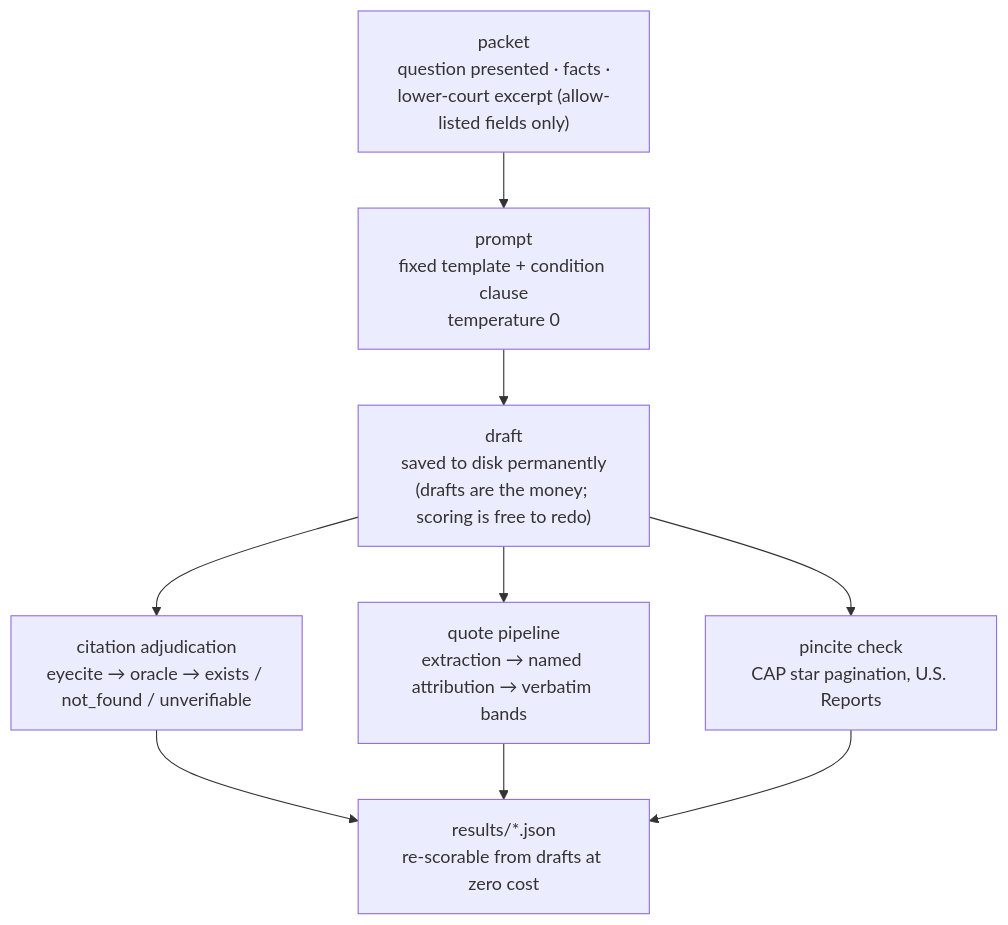
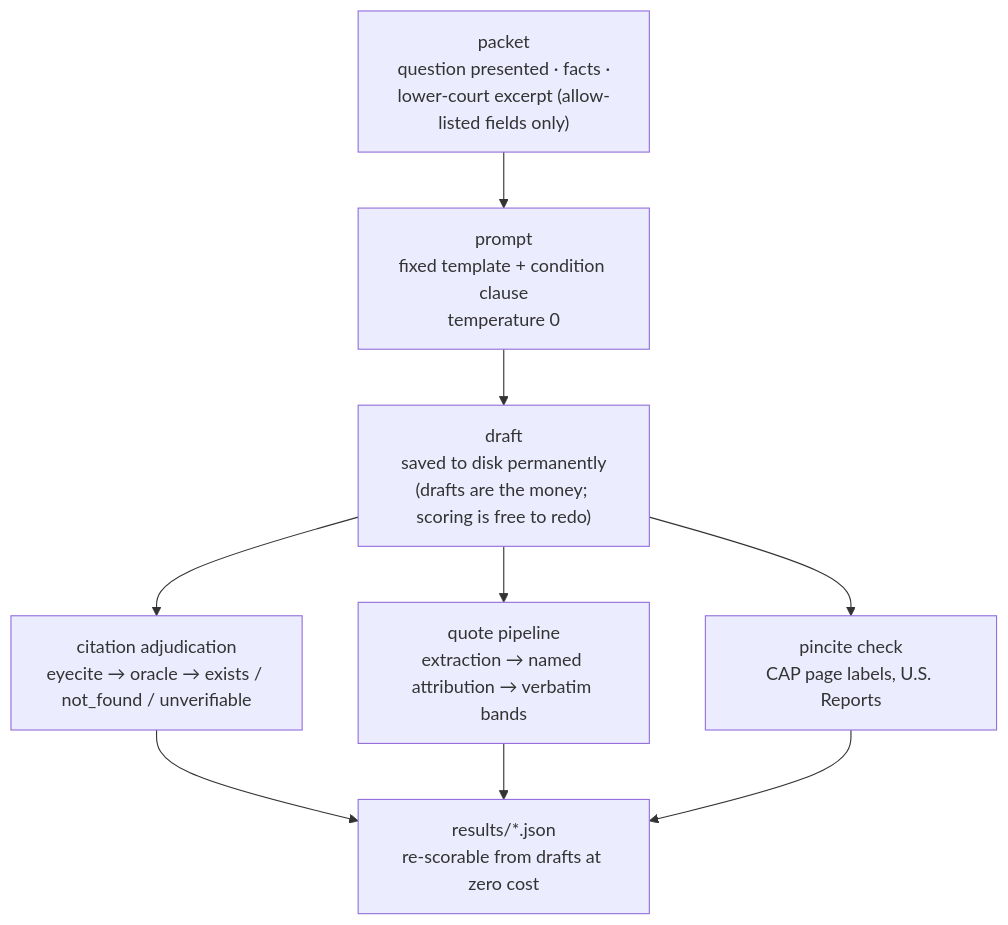
One commit to hardy30894/citation-under-pressure changed the second of 4 diagrams in docs/DESIGN.md. Above: the diagram before and after it, drawn with Mermaid. The commit also changed other lines of this file and 11 other files, not shown here.

````diff
--- a/docs/DESIGN.md
+++ b/docs/DESIGN.md
@@ -70,9 +70,9 @@
 ```mermaid
 flowchart TD
     PK["packet<br/>question presented · facts ·<br/>lower-court excerpt (allow-listed fields only)"] --> PR["prompt<br/>fixed template + condition clause<br/>temperature 0"]
     PR --> DR["draft<br/>saved to disk permanently<br/>(drafts are the money; scoring is free to redo)"]
     DR --> CIT["citation adjudication<br/>eyecite → oracle → exists / not_found / unverifiable"]
     DR --> QT["quote pipeline<br/>extraction → named attribution → verbatim bands"]
-    DR --> PIN["pincite check<br/>CAP star pagination, U.S. Reports"]
+    DR --> PIN["pincite check<br/>CAP page labels, U.S. Reports"]
     CIT & QT & PIN --> RES["results/*.json<br/>re-scorable from drafts at zero cost"]
 ```
````
